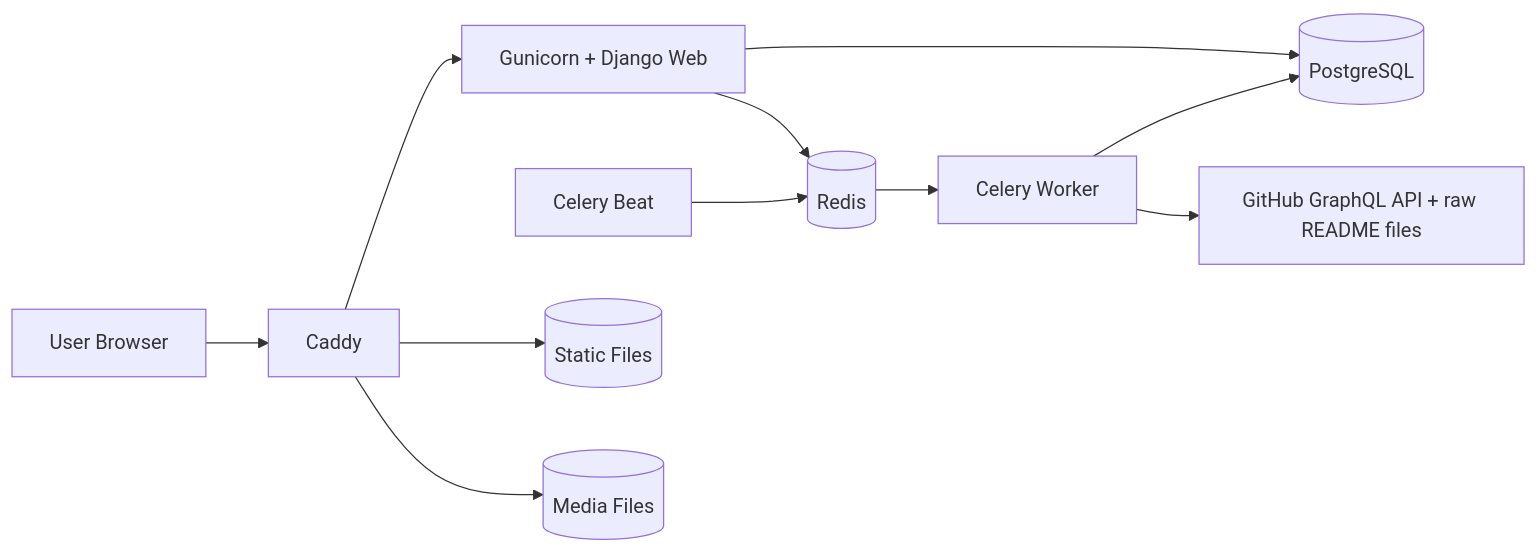
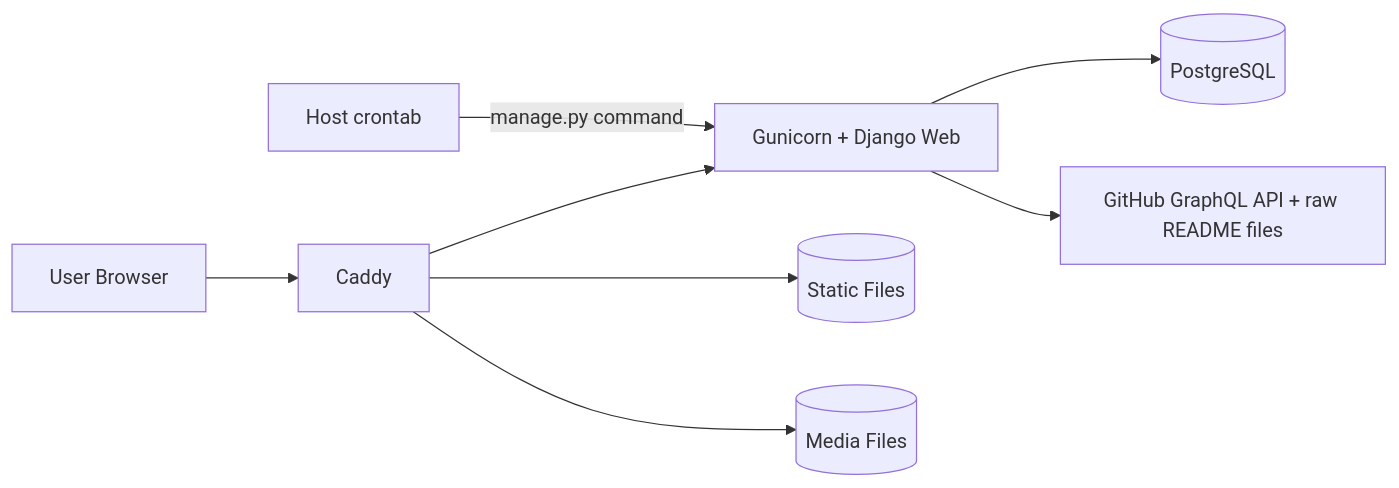
Before and after one commit to stokuj/my-django-portfolio: the first of 4 diagrams in docs/architecture.md, drawn with Mermaid. The commit also changed other lines of this file and 3 other files, not shown here.

````diff
--- a/docs/architecture.md
+++ b/docs/architecture.md
@@ -21,13 +20,10 @@
 ```mermaid
 flowchart LR
     U[User Browser] --> C[Caddy]
     C --> W[Gunicorn + Django Web]
     W --> P[(PostgreSQL)]
-    W --> R[(Redis)]
-    R --> WK[Celery Worker]
-    B[Celery Beat] --> R
-    WK --> P
-    WK --> G[GitHub GraphQL API + raw README files]
+    CR[Host crontab] -->|manage.py command| W
+    W --> G[GitHub GraphQL API + raw README files]
     C --> S[(Static Files)]
     C --> M[(Media Files)]
 ```
````
